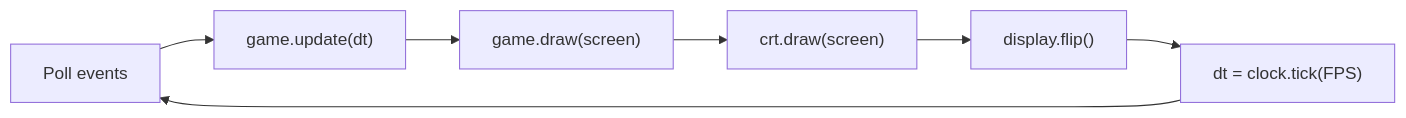
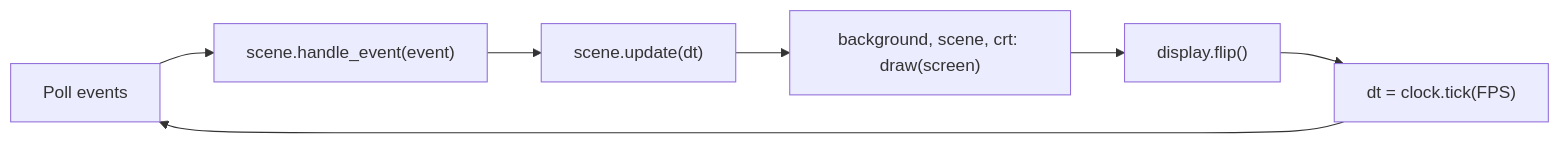
One commit to landoicco/tlamina changed the diagram in docs/architecture.md. Above: the diagram before and after it, drawn with Mermaid. The commit also changed other lines of this file and 8 other files, not shown here.

````diff
--- a/docs/architecture.md
+++ b/docs/architecture.md
@@ -22,9 +22,9 @@
 ```mermaid
 flowchart LR
-    A[Poll events] --> B["game.update(dt)"]
-    B --> C["game.draw(screen)"]
-    C --> D["crt.draw(screen)"]
+    A[Poll events] --> B["scene.handle_event(event)"]
+    B --> C["scene.update(dt)"]
+    C --> D["background, scene, crt: draw(screen)"]
     D --> E["display.flip()"]
     E --> F["dt = clock.tick(FPS)"]
     F --> A
 ```
````
